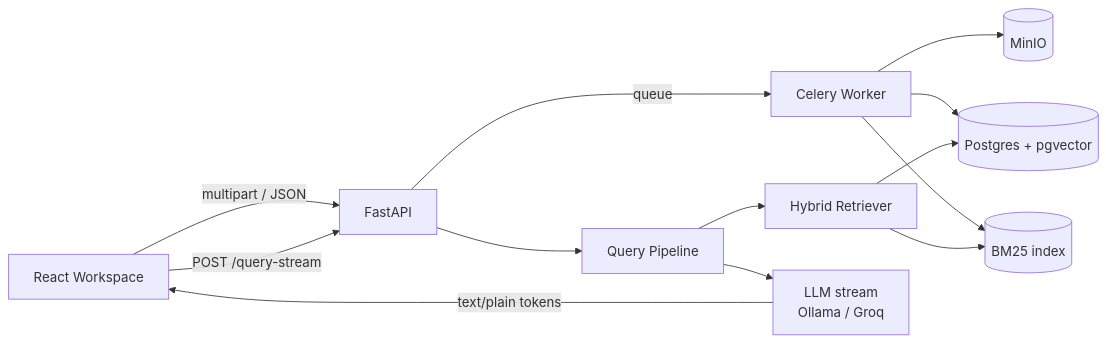
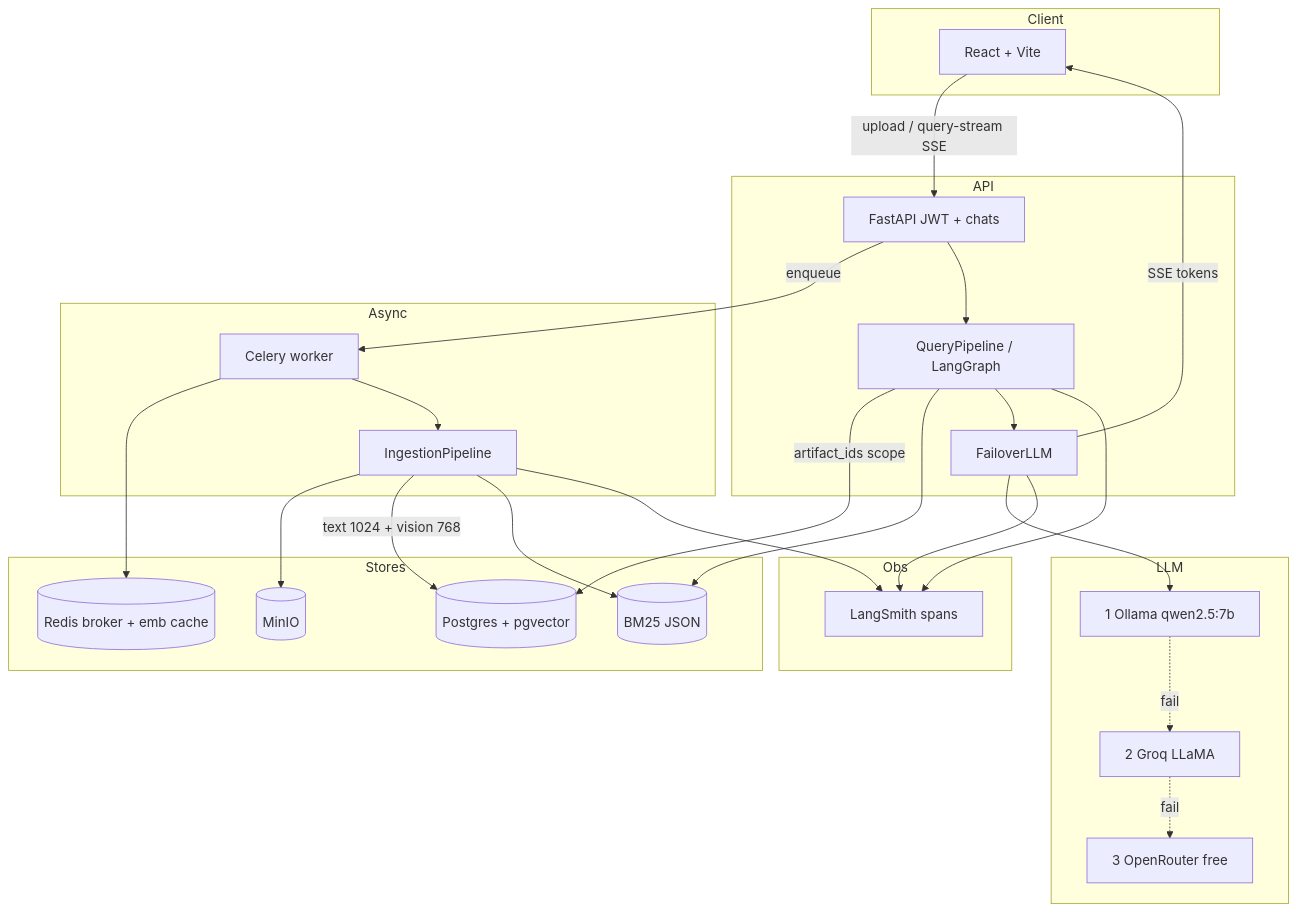
One commit to Sathvik33/OmniMind changed the diagram in readme.md. Above: the diagram before and after it, drawn with Mermaid. The commit also changed other lines of this file and 37 other files, not shown here.

Commit message:
Add FailoverLLM, typed pgvector columns, SSE streaming, critical-path tests

````diff
--- a/readme.md
+++ b/readme.md
@@ -62,15 +66,48 @@
 ```mermaid
-flowchart LR
-  U[React Workspace] -->|multipart / JSON| API[FastAPI]
-  API -->|queue| C[Celery Worker]
-  C --> MinIO[(MinIO)]
-  C --> PG[(Postgres + pgvector)]
-  C --> BM25[(BM25 index)]
-  U -->|POST /query-stream| API
-  API --> Q[Query Pipeline]
-  Q --> H[Hybrid Retriever]
-  H --> PG
-  H --> BM25
-  Q --> G[LLM stream<br/>Ollama / Groq]
-  G -->|text/plain tokens| U
+flowchart TB
+  subgraph Client
+    UI[React + Vite]
+  end
+  subgraph API
+    FA[FastAPI JWT + chats]
+    QP[QueryPipeline / LangGraph]
+    FG[FailoverLLM]
+  end
+  subgraph Async
+    CEL[Celery worker]
+    ING[IngestionPipeline]
+  end
+  subgraph Stores
+    PG[(Postgres + pgvector)]
+    R[(Redis broker + emb cache)]
+    M[(MinIO)]
+    B[(BM25 JSON)]
+  end
+  subgraph LLM
+    OLL[1 Ollama qwen2.5:7b]
+    GR[2 Groq LLaMA]
+    OR[3 OpenRouter free]
+  end
+  subgraph Obs
+    LS[LangSmith spans]
+  end
+
+  UI -->|upload / query-stream SSE| FA
+  FA -->|enqueue| CEL
+  CEL --> R
+  CEL --> ING
+  ING --> M
+  ING -->|text 1024 + vision 768| PG
+  ING --> B
+  FA --> QP
+  QP -->|artifact_ids scope| PG
+  QP --> B
+  QP --> FG
+  FG --> OLL
+  OLL -.->|fail| GR
+  GR -.->|fail| OR
+  FG -->|SSE tokens| UI
+  QP --> LS
+  ING --> LS
+  FG --> LS
 ```
````
